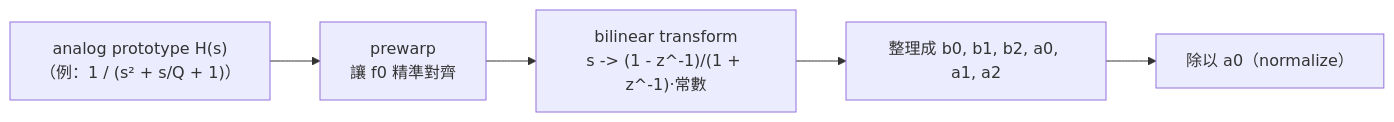
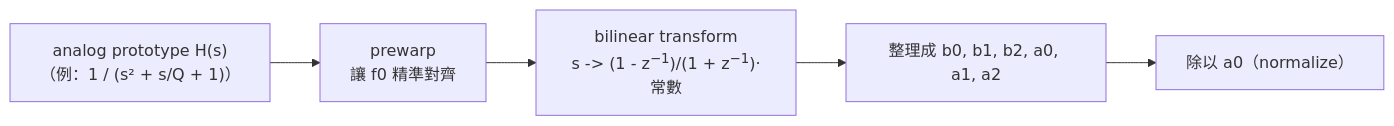
One commit to TomHsieh300/DAW-for-fun changed the second of 4 diagrams in lessons/02-filter/README.zh-TW.md. Above: the diagram before and after it, drawn with Mermaid. The commit also changed other lines of this file and 19 other files, not shown here.

First line of the commit message:
lessons: typeset subscripts and superscripts in Mermaid labels

````diff
--- a/lessons/02-filter/README.zh-TW.md
+++ b/lessons/02-filter/README.zh-TW.md
@@ -337,7 +337,7 @@
 ```mermaid
 flowchart LR
     A["analog prototype H(s)<br/>（例：1 / (s² + s/Q + 1)）"] --> B["prewarp<br/>讓 f0 精準對齊"]
-    B --> C["bilinear transform<br/>s -> (1 - z^-1)/(1 + z^-1)·常數"]
+    B --> C["bilinear transform<br/>s -> (1 - z<sup>−1</sup>)/(1 + z<sup>−1</sup>)·常數"]
     C --> D["整理成 b0, b1, b2, a0, a1, a2"]
     D --> E["除以 a0（normalize）"]
 ```
````
